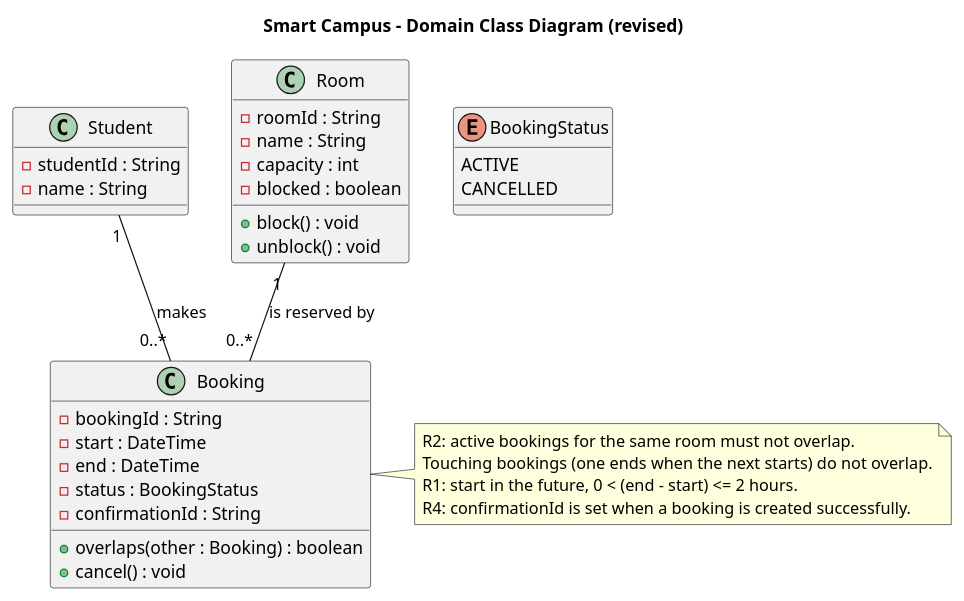
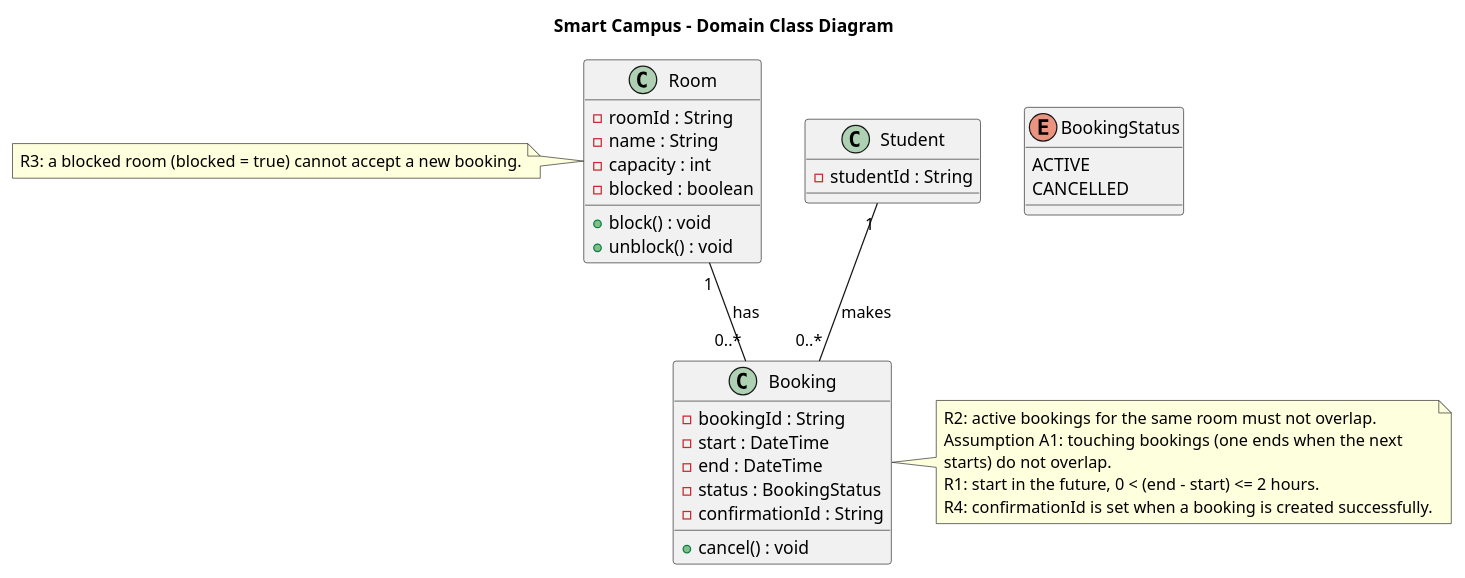
One commit to thxgoosemah/SE-practice changed the diagram in week-04/models/class.puml. Above: the diagram before and after it, drawn with PlantUML. The commit also changed 25 other files, not shown here.

```diff
--- a/week-04/models/class.puml
+++ b/week-04/models/class.puml
@@ -1,42 +1,45 @@
 @startuml
-title Smart Campus - Domain Class Diagram (revised)
+title Smart Campus - Domain Class Diagram
 
 enum BookingStatus {
   ACTIVE
   CANCELLED
 }
 
 class Student {
   - studentId : String
-  - name : String
 }
 
 class Room {
   - roomId : String
   - name : String
   - capacity : int
   - blocked : boolean
   + block() : void
   + unblock() : void
 }
 
 class Booking {
   - bookingId : String
   - start : DateTime
   - end : DateTime
   - status : BookingStatus
   - confirmationId : String
-  + overlaps(other : Booking) : boolean
   + cancel() : void
 }
 
 Student "1" -- "0..*" Booking : makes
-Room "1" -- "0..*" Booking : is reserved by
+Room "1" -- "0..*" Booking : has
 
 note right of Booking
   R2: active bookings for the same room must not overlap.
-  Touching bookings (one ends when the next starts) do not overlap.
+  Assumption A1: touching bookings (one ends when the next
+  starts) do not overlap.
   R1: start in the future, 0 < (end - start) <= 2 hours.
   R4: confirmationId is set when a booking is created successfully.
 end note
+
+note left of Room
+  R3: a blocked room (blocked = true) cannot accept a new booking.
+end note
 @enduml
```
